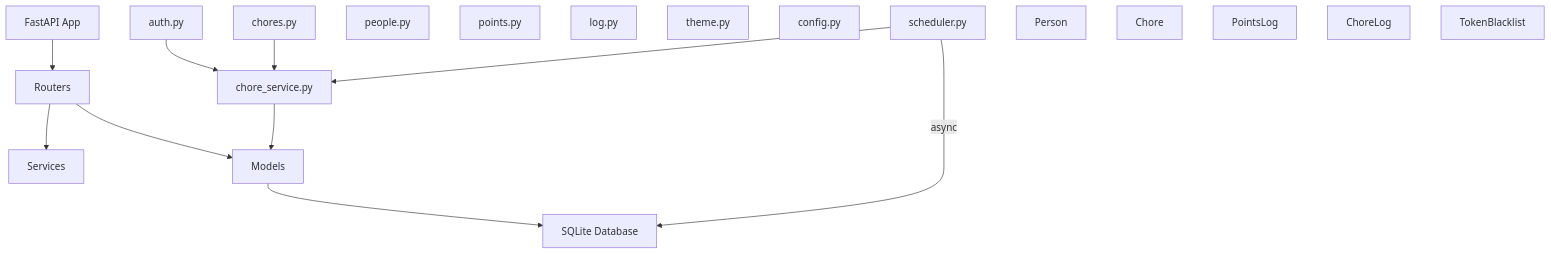
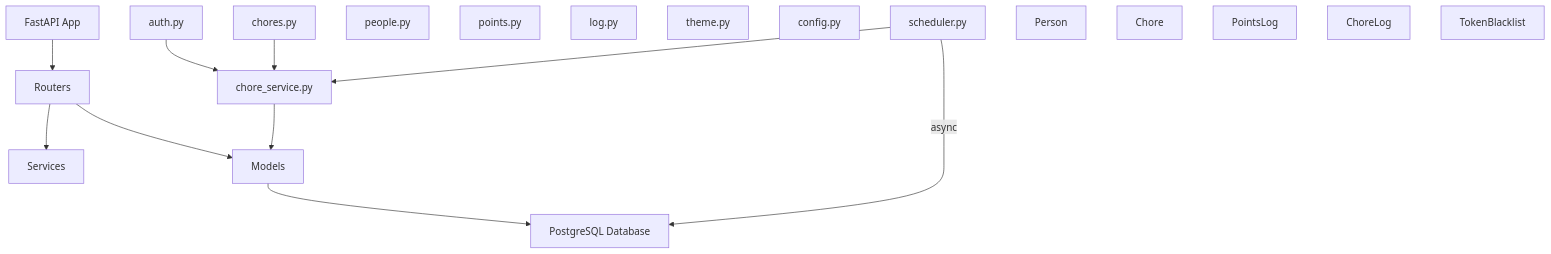
One commit to derekwinters/chores-web changed the third of 13 diagrams in docs/ARCHITECTURE.md. Above: the diagram before and after it, drawn with Mermaid. The commit also changed other lines of this file, not shown here.

First line of the commit message:
fix: Correct SQLite references to PostgreSQL in architecture diagrams

````diff
--- a/docs/ARCHITECTURE.md
+++ b/docs/ARCHITECTURE.md
@@ -71,39 +71,39 @@
 ```mermaid
 graph TB
     API["FastAPI App"]
     
     Routers["Routers"]
     AuthRouter["auth.py"]
     ChoresRouter["chores.py"]
     PeopleRouter["people.py"]
     PointsRouter["points.py"]
     LogRouter["log.py"]
     ThemeRouter["theme.py"]
     ConfigRouter["config.py"]
     
     Services["Services"]
     ChoreService["chore_service.py"]
     Scheduler["scheduler.py"]
     
     Models["Models"]
     Person["Person"]
     Chore["Chore"]
     PointsLog["PointsLog"]
     ChoreLog["ChoreLog"]
     TokenBlacklist["TokenBlacklist"]
     
-    Database["SQLite Database"]
+    Database["PostgreSQL Database"]
     
     API --> Routers
     
     AuthRouter --> ChoreService
     ChoresRouter --> ChoreService
     Routers --> Services
     Scheduler --> ChoreService
     
     ChoreService --> Models
     Routers --> Models
     
     Models --> Database
     Scheduler -->|async| Database
 ```
````
